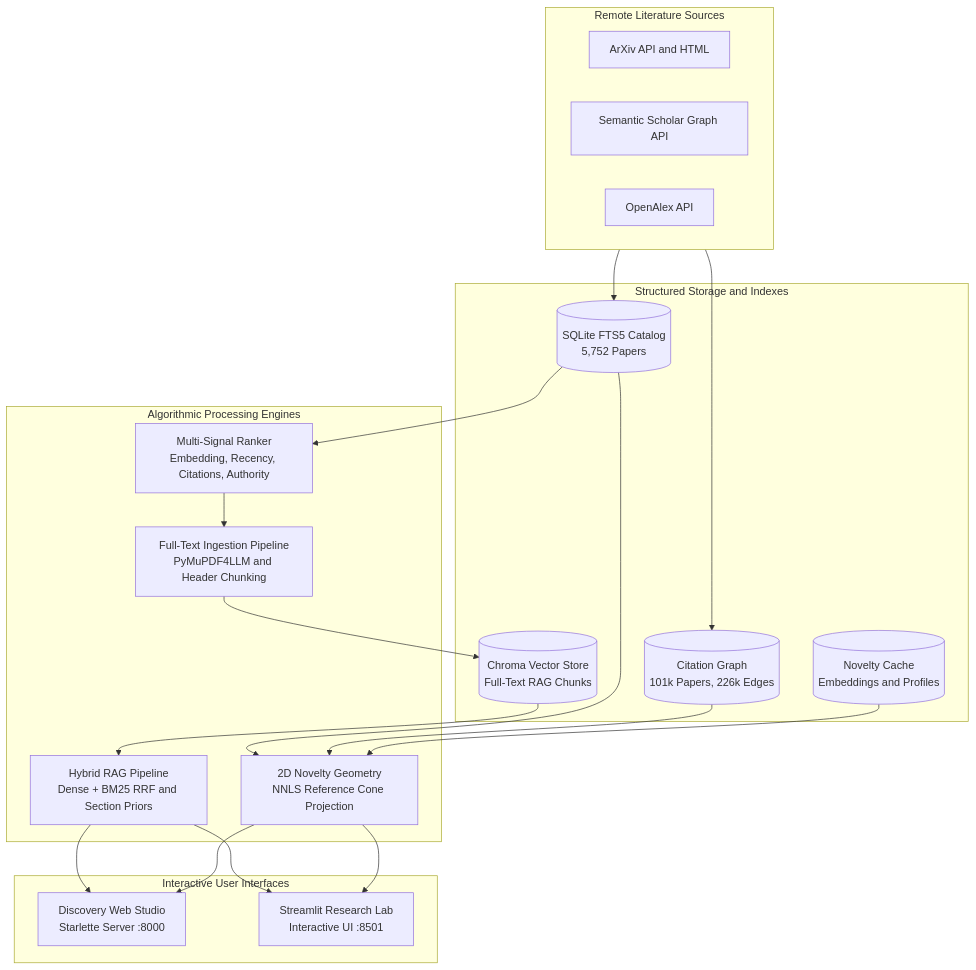
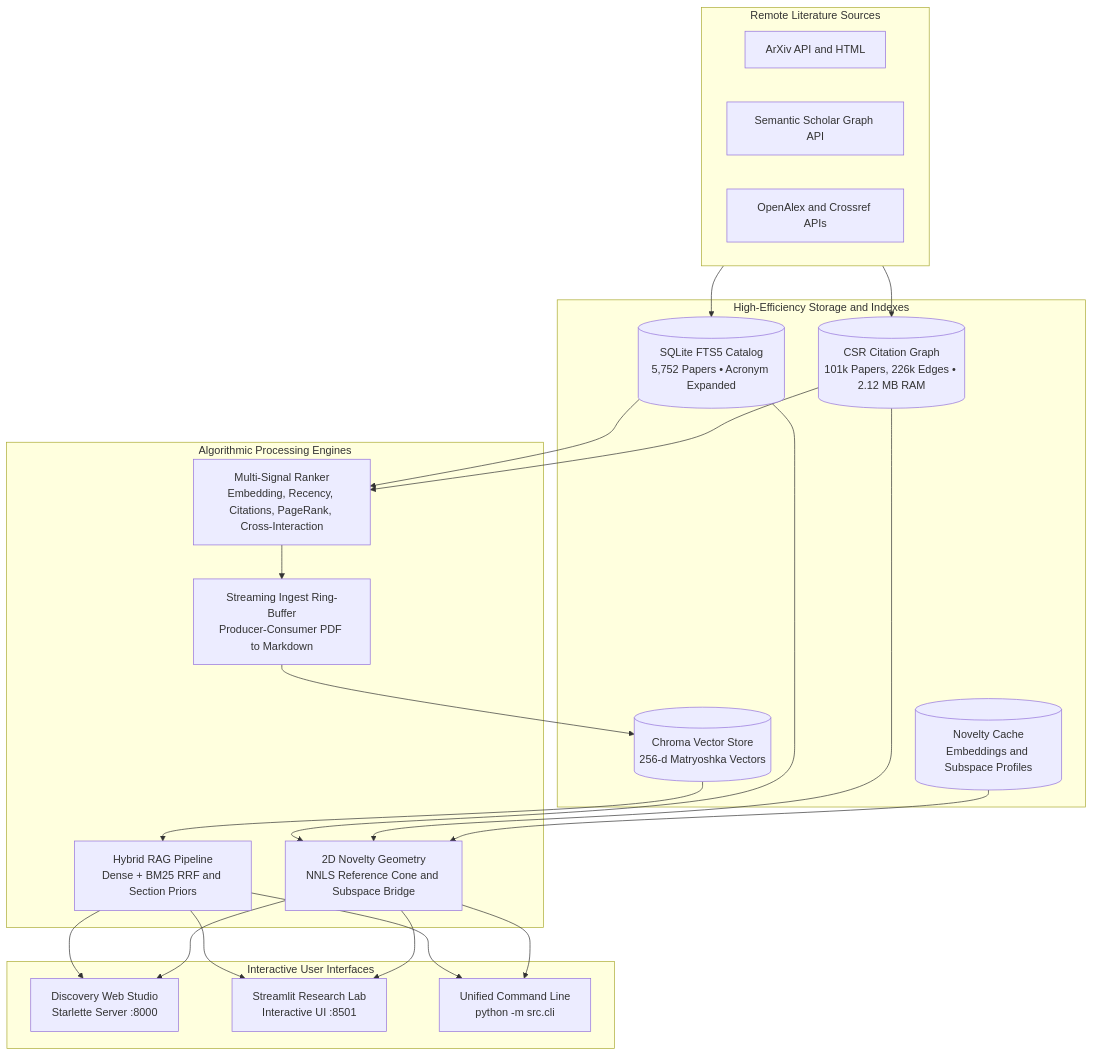
Before and after one commit to NatalTiger26/ArXiv_Paper_Suggester-RAG: the diagram in README.md, drawn with Mermaid. The commit also changed other lines of this file, not shown here.

````diff
--- a/README.md
+++ b/README.md
@@ -72,41 +91,45 @@
 ```mermaid
 flowchart TD
     subgraph Sources["Remote Literature Sources"]
         A["ArXiv API and HTML"]
         B["Semantic Scholar Graph API"]
-        C["OpenAlex API"]
+        C["OpenAlex and Crossref APIs"]
     end
 
-    subgraph Storage["Structured Storage and Indexes"]
-        D[("SQLite FTS5 Catalog\n5,752 Papers")]
-        E[("Citation Graph\n101k Papers, 226k Edges")]
-        F[("Chroma Vector Store\nFull-Text RAG Chunks")]
-        G[("Novelty Cache\nEmbeddings and Profiles")]
+    subgraph Storage["High-Efficiency Storage and Indexes"]
+        D[("SQLite FTS5 Catalog\n5,752 Papers • Acronym Expanded")]
+        E[("CSR Citation Graph\n101k Papers, 226k Edges • 2.12 MB RAM")]
+        F[("Chroma Vector Store\n256-d Matryoshka Vectors")]
+        G[("Novelty Cache\nEmbeddings and Subspace Profiles")]
     end
 
     subgraph Engines["Algorithmic Processing Engines"]
-        H["Multi-Signal Ranker\nEmbedding, Recency, Citations, Authority"]
-        I["Full-Text Ingestion Pipeline\nPyMuPDF4LLM and Header Chunking"]
+        H["Multi-Signal Ranker\nEmbedding, Recency, Citations, PageRank, Cross-Interaction"]
+        I["Streaming Ingest Ring-Buffer\nProducer-Consumer PDF to Markdown"]
         J["Hybrid RAG Pipeline\nDense + BM25 RRF and Section Priors"]
-        K["2D Novelty Geometry\nNNLS Reference Cone Projection"]
+        K["2D Novelty Geometry\nNNLS Reference Cone and Subspace Bridge"]
     end
 
     subgraph UI["Interactive User Interfaces"]
         L["Discovery Web Studio\nStarlette Server :8000"]
         M["Streamlit Research Lab\nInteractive UI :8501"]
+        N["Unified Command Line\npython -m src.cli"]
     end
 
     Sources --> D
     Sources --> E
     D --> H
+    E --> H
     H --> I
     I --> F
     F --> J
     J --> L
     J --> M
+    J --> N
     D --> K
     E --> K
     G --> K
     K --> L
     K --> M
+    K --> N
 ```
````
